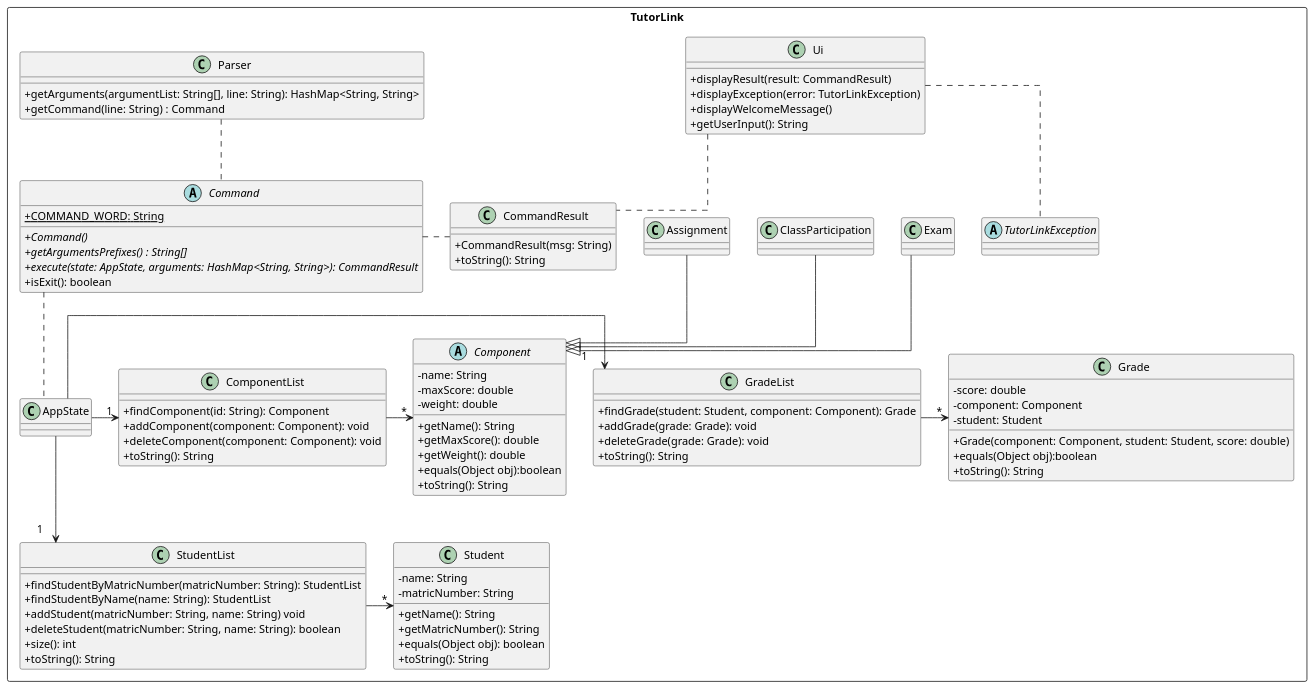
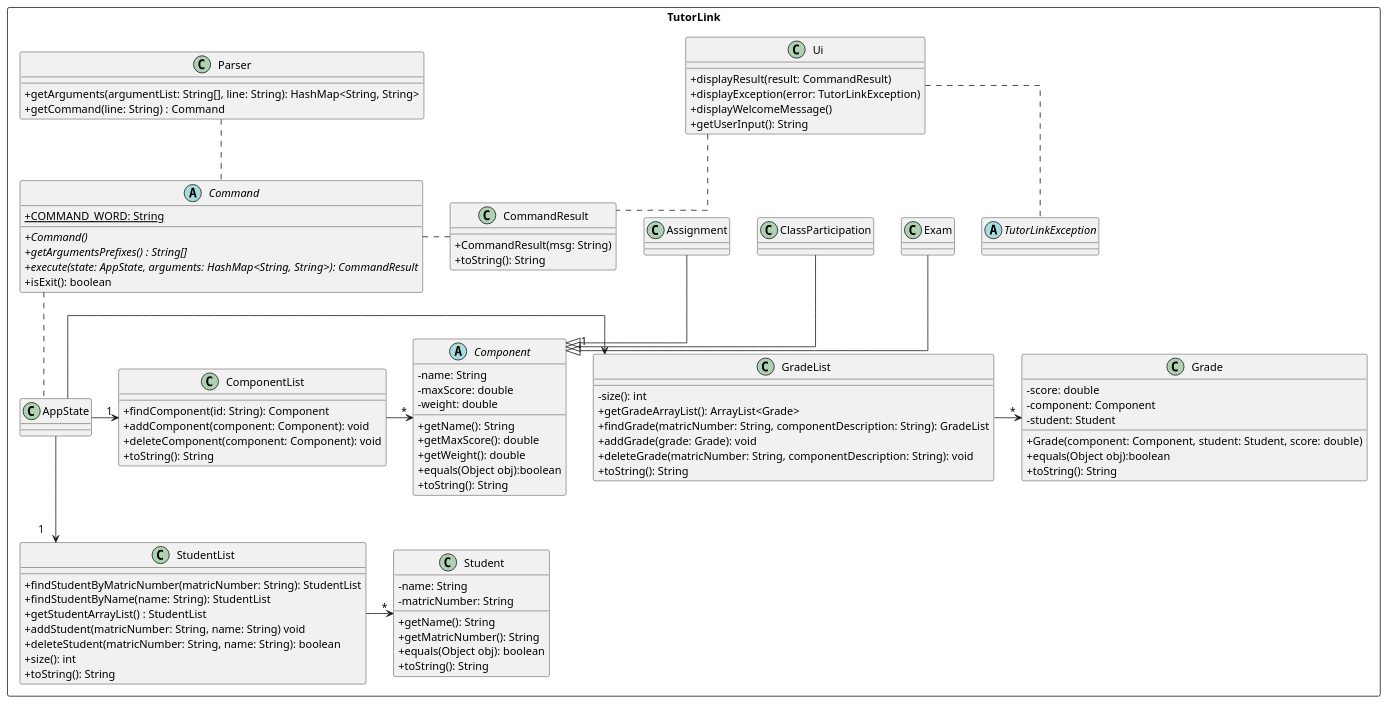
One commit to yeekian/tp changed the diagram in docs/diagrams/Assets.puml. Above: the diagram before and after it, drawn with PlantUML.

Commit message:
Modify UML diagram

```diff
--- a/docs/diagrams/Assets.puml
+++ b/docs/diagrams/Assets.puml
@@ -1,119 +1,122 @@
 @startuml App Diagram
 
 'https://plantuml.com/class-diagram
 ' !include Style.puml
 skinparam classAttributeIconSize 0
 skinparam classMethodIconSize 0
 skinparam linetype ortho
 
 package TutorLink <<Rectangle>>{
 
 class CommandResult {
     + CommandResult(msg: String)
     + toString(): String
 }
 
 class Ui {
     + displayResult(result: CommandResult)
     + displayException(error: TutorLinkException)
     + displayWelcomeMessage()
     + getUserInput(): String
 }
 
 Ui .. CommandResult
 
 Ui .. TutorLinkException
 
 abstract class TutorLinkException
 
 abstract class Command {
     + {static}COMMAND_WORD: String
     + Command() {abstract}
     + {abstract} getArgumentsPrefixes() : String[]
     + execute(state: AppState, arguments: HashMap<String, String>): CommandResult {abstract}
     + isExit(): boolean
 }
 
 Command ..right.. CommandResult
 
 
 abstract class Component {
     - name: String
     - maxScore: double
     - weight: double
     + getName(): String
     + getMaxScore(): double
     + getWeight(): double
     + equals(Object obj):boolean
     + toString(): String
 }
 class Exam
 class ClassParticipation
 class Assignment
 
 Exam --|> Component
 ClassParticipation --|> Component
 Assignment --|> Component
 
 
 class Student{
     - name: String
     - matricNumber: String
     + getName(): String
     + getMatricNumber(): String
     + equals(Object obj): boolean
     + toString(): String
 }
 
 class Grade{
     - score: double
     - component: Component
     - student: Student
     + Grade(component: Component, student: Student, score: double)
     + equals(Object obj):boolean
     + toString(): String
 }
 
 
 class AppState
 class GradeList{
-    + findGrade(student: Student, component: Component): Grade
+	- size(): int
+	+ getGradeArrayList(): ArrayList<Grade>
+    + findGrade(matricNumber: String, componentDescription: String): GradeList
     + addGrade(grade: Grade): void
-    + deleteGrade(grade: Grade): void
+    + deleteGrade(matricNumber: String, componentDescription: String): void
     + toString(): String
 }
 class StudentList {
     + findStudentByMatricNumber(matricNumber: String): StudentList
     + findStudentByName(name: String): StudentList
+	+ getStudentArrayList() : StudentList
     + addStudent(matricNumber: String, name: String) void
     + deleteStudent(matricNumber: String, name: String): boolean
     + size(): int
     + toString(): String
 }
 class ComponentList {
     + findComponent(id: String): Component
     + addComponent(component: Component): void
     + deleteComponent(component: Component): void
     + toString(): String
 }
 
 AppState -> "1" GradeList
 AppState --> "1" StudentList
 AppState -> "1" ComponentList
 
 GradeList -> "*" Grade
 ComponentList -> "*" Component
 StudentList -> "*" Student
 
 Command .. AppState
 
 class Parser {
     + getArguments(argumentList: String[], line: String): HashMap<String, String>
     + getCommand(line: String) : Command
 }
 
 Parser .. Command
 
 }
 
 @enduml
```
